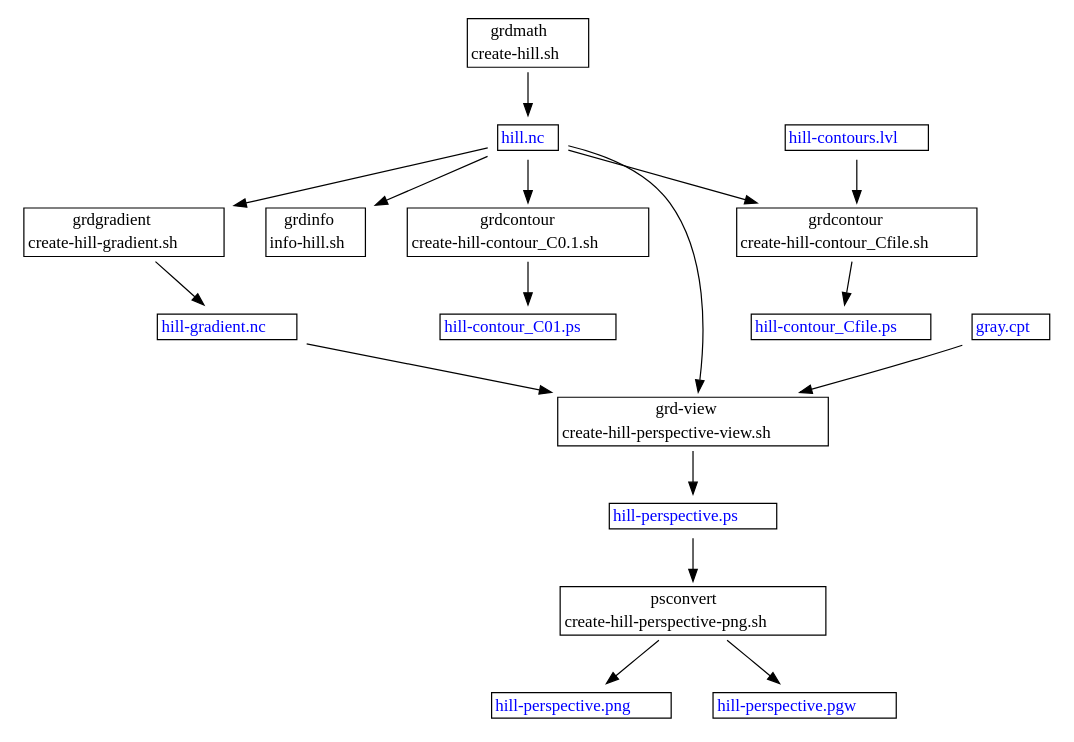
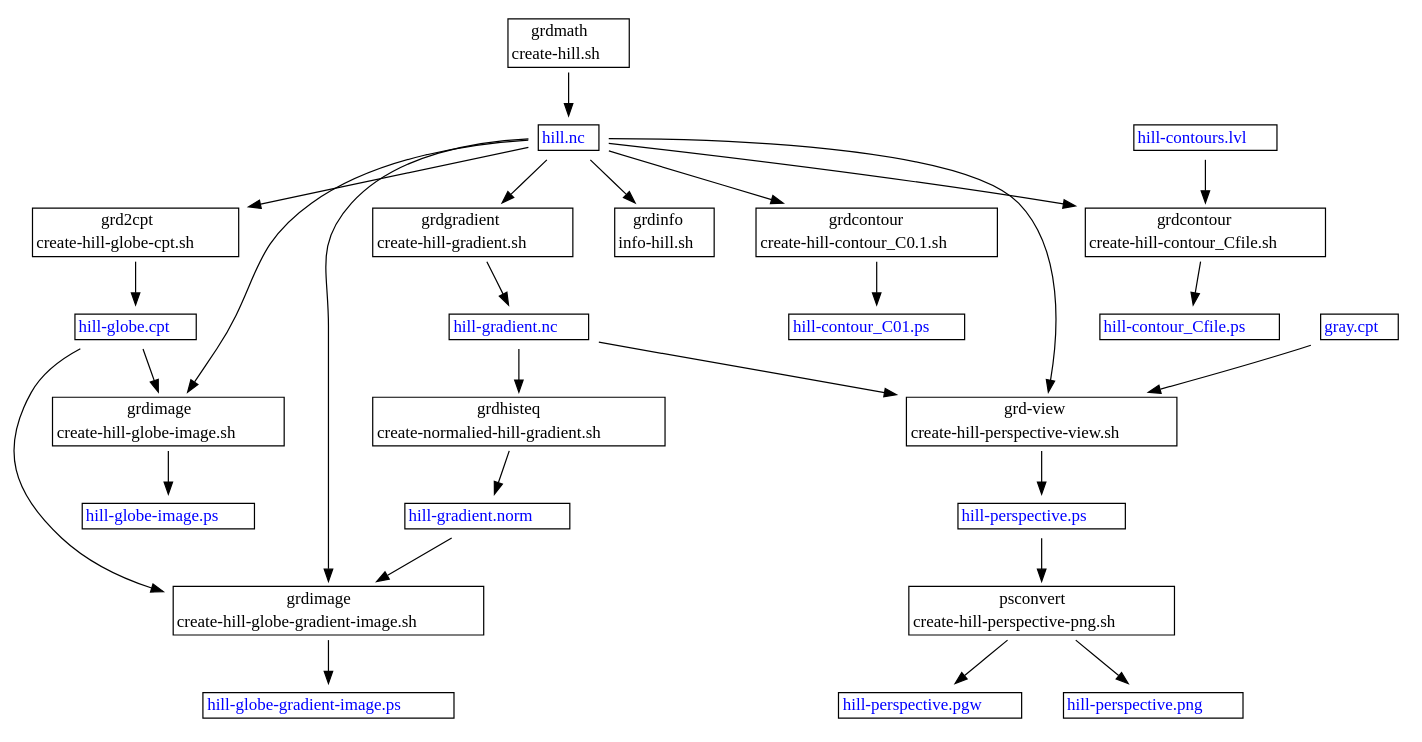
The diagram in programs/calling-sequence.dot (ReneNyffenegger/about-GMT), drawn with Graphviz before and after one commit. The commit also changed 8 other files, not shown here.

```diff
--- a/programs/calling-sequence.dot
+++ b/programs/calling-sequence.dot
@@ -25,6 +25,67 @@
       </table>
     >
   ];
+
+ grd2cpt_create_hill_globe_cpt_sh [
+ label=<
+      <table border="1" cellborder="0" cellspacing="0">
+           <tr><td>grd2cpt</td></tr>
+           <tr><td>create-hill-globe-cpt.sh</td></tr>
+      </table>
+    >
+  ];
+
+  hill_globe_cpt [
+    label=<
+      <table border="1" cellborder="0" cellspacing="0">
+           <tr><td><font color="#0000ff">hill-globe.cpt</font></td></tr>
+      </table>
+    >];
+
+  grdhisteq_create_normalied_hill_gradient_sh [
+    label=<
+      <table border="1" cellborder="0" cellspacing="0">
+           <tr><td>grdhisteq</td></tr>
+           <tr><td>create-normalied-hill-gradient.sh</td></tr>
+      </table>
+    >];
+
+  hill_gradient_norm [
+    label=<
+      <table border="1" cellborder="0" cellspacing="0">
+           <tr><td><font color="#0000ff">hill-gradient.norm</font></td></tr>
+      </table>
+    >];
+
+  grdimage_create_hill_globe_image_sh [
+    label=<
+      <table border="1" cellborder="0" cellspacing="0">
+           <tr><td>grdimage</td></tr>
+           <tr><td>create-hill-globe-image.sh</td></tr>
+      </table>
+    >];
+
+  grdimage_create_hill_globe_gradient_image_sh [
+    label=<
+      <table border="1" cellborder="0" cellspacing="0">
+           <tr><td>grdimage</td></tr>
+           <tr><td>create-hill-globe-gradient-image.sh</td></tr>
+      </table>
+    >];
+
+  hill_globe_image_ps [
+    label=<
+      <table border="1" cellborder="0" cellspacing="0">
+           <tr><td><font color="#0000ff">hill-globe-image.ps</font></td></tr>
+      </table>
+    >];
+
+  hill_globe_gradient_image_ps [
+    label=<
+      <table border="1" cellborder="0" cellspacing="0">
+           <tr><td><font color="#0000ff">hill-globe-gradient-image.ps</font></td></tr>
+      </table>
+    >];
 
   grdgradient_create_hill_gradient [
     label=<
@@ -136,8 +197,19 @@
   hill_contours_lvl -> grdcontour_create_hill_contour_Cfile_sh;
   grdcontour_create_hill_contour_Cfile_sh -> hill_contour_Cfile_ps;
 
+
+  hill_nc -> grd2cpt_create_hill_globe_cpt_sh;
+  grd2cpt_create_hill_globe_cpt_sh -> hill_globe_cpt;
+
   hill_nc           -> grdcontour_create_hill_contour_C01;
   grdcontour_create_hill_contour_C01 -> hill_contour_C01_ps;
+
+  hill_nc        -> grdimage_create_hill_globe_image_sh;
+  hill_globe_cpt -> grdimage_create_hill_globe_image_sh;
+  grdimage_create_hill_globe_image_sh -> hill_globe_image_ps;
+
+  hill_gradient_nc -> grdhisteq_create_normalied_hill_gradient_sh;
+  grdhisteq_create_normalied_hill_gradient_sh -> hill_gradient_norm;
 
   hill_nc          -> grdview_create_hill_perspective_view;
   hill_gradient_nc -> grdview_create_hill_perspective_view;
@@ -148,5 +220,10 @@
   psconvert_create_hill_perspective_png -> hill_perspective_png;
   psconvert_create_hill_perspective_png -> hill_perspective_pgw;
 
+  hill_nc            -> grdimage_create_hill_globe_gradient_image_sh;
+  hill_globe_cpt     -> grdimage_create_hill_globe_gradient_image_sh;
+  hill_gradient_norm -> grdimage_create_hill_globe_gradient_image_sh;
+  grdimage_create_hill_globe_gradient_image_sh -> hill_globe_gradient_image_ps;
+
 
 }
```
